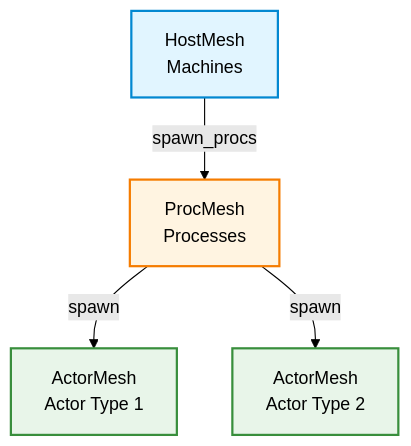
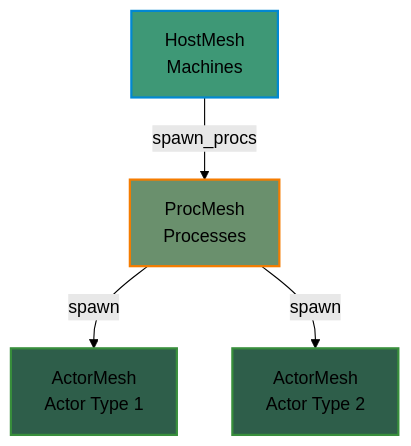
Diagram 15 of 15 in docs/MESHES.md (AlirezaShamsoshoara/monarch), drawn with Mermaid (forest theme) before and after one commit. The commit also changed other lines of this file, not shown here.

Commit message:
update the color for the last mermaid

````diff
--- a/docs/MESHES.md
+++ b/docs/MESHES.md
@@ -968,11 +968,11 @@
 ```mermaid
 graph TB
     HM[HostMesh<br/>Machines] -->|spawn_procs| PM[ProcMesh<br/>Processes]
     PM -->|spawn| AM1[ActorMesh<br/>Actor Type 1]
     PM -->|spawn| AM2[ActorMesh<br/>Actor Type 2]
 
-    style HM fill:#e1f5ff,stroke:#0288d1,stroke-width:2px
-    style PM fill:#fff4e1,stroke:#f57c00,stroke-width:2px
-    style AM1 fill:#e8f5e9,stroke:#388e3c,stroke-width:2px
-    style AM2 fill:#e8f5e9,stroke:#388e3c,stroke-width:2px
+    style HM fill:#3e9876,stroke:#0288d1,stroke-width:2px
+    style PM fill:#6a906d,stroke:#f57c00,stroke-width:2px
+    style AM1 fill:#2e5e4a,stroke:#388e3c,stroke-width:2px
+    style AM2 fill:#2e5e4a,stroke:#388e3c,stroke-width:2px
 ```
````
